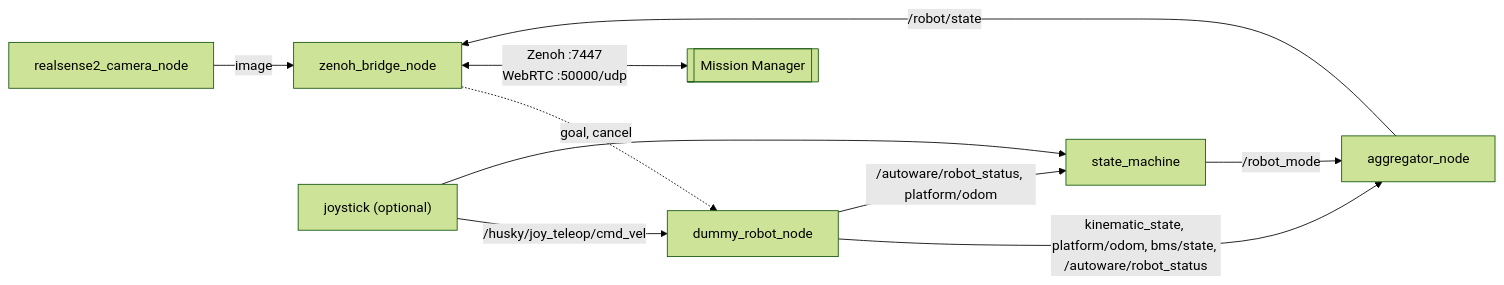
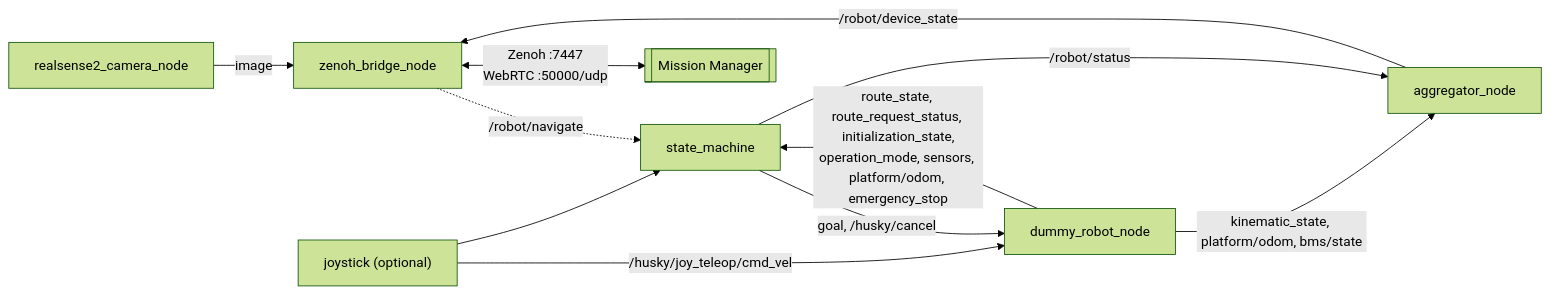
One commit to patrol-knight/husky changed the diagram in experiments/dummy_robot/README.md. Above: the diagram before and after it, drawn with Mermaid (forest theme). The commit also changed other lines of this file and 11 other files, not shown here.

Commit message:
feat: patrolknight_msgs submodule; dummy_robot fakes Autoware; robot status design doc

````diff
--- a/experiments/dummy_robot/README.md
+++ b/experiments/dummy_robot/README.md
@@ -7,12 +7,13 @@
 ```mermaid
 flowchart LR
     Cam["realsense2_camera_node"] -- image --> Bridge
     Joy["joystick (optional)"] -- "/husky/joy_teleop/cmd_vel" --> Dummy
     Joy --> SM["state_machine"]
-    Dummy["dummy_robot_node"] -- "kinematic_state, platform/odom, bms/state, /autoware/robot_status" --> Agg["aggregator_node"]
-    Dummy -- "/autoware/robot_status, platform/odom" --> SM
-    SM -- "/robot_mode" --> Agg
-    Agg -- "/robot/state" --> Bridge["zenoh_bridge_node"]
-    Bridge -. "goal, cancel" .-> Dummy
+    Dummy["dummy_robot_node"] -- "route_state, route_request_status, initialization_state,<br/>operation_mode, sensors, platform/odom, emergency_stop" --> SM
+    Dummy -- "kinematic_state, platform/odom, bms/state" --> Agg["aggregator_node"]
+    SM -- "/robot/status" --> Agg
+    SM -- "goal, /husky/cancel" --> Dummy
+    Agg -- "/robot/device_state" --> Bridge["zenoh_bridge_node"]
+    Bridge -. "/robot/navigate" .-> SM
     Bridge <-- "Zenoh :7447<br/>WebRTC :50000/udp" --> MM[["Mission Manager"]]
 ```
````
